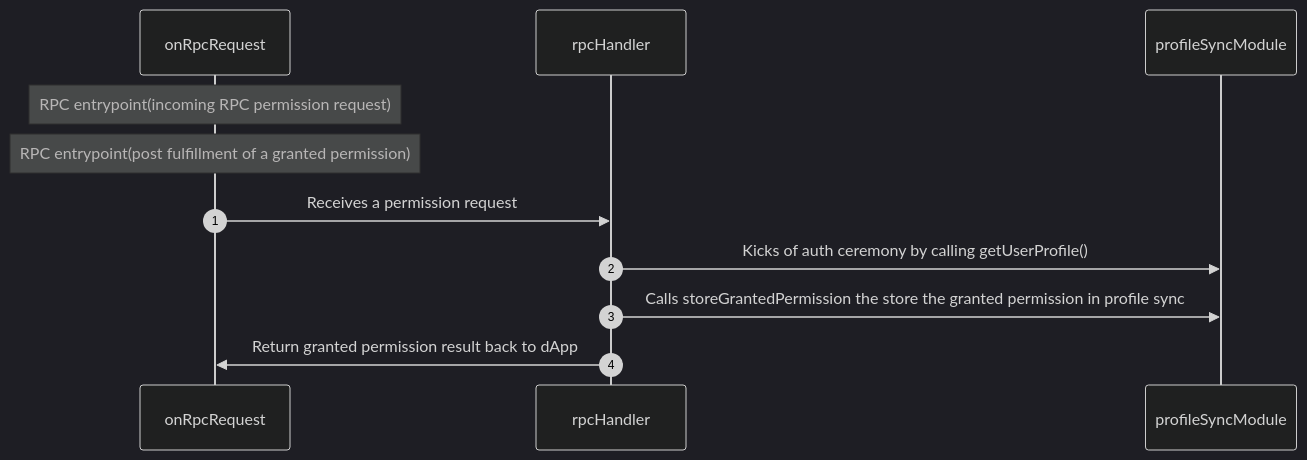
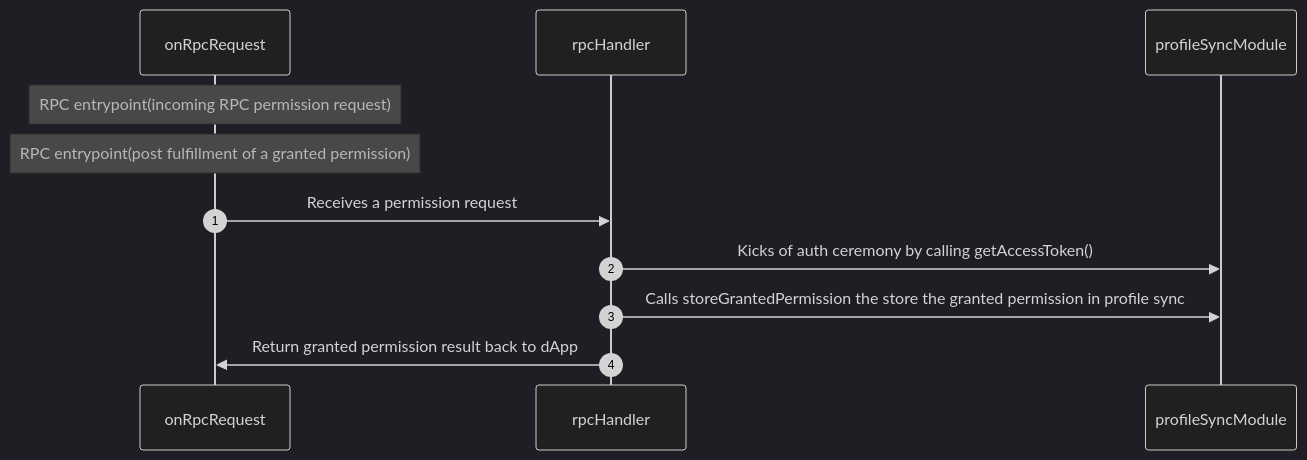
Before and after one commit to MetaMask/snap-7715-permissions: the second of 4 diagrams in packages/permissions-provider-snap/docs/persistGrantedPermissions.md, drawn with Mermaid (dark theme). The commit also changed 3 other files, not shown here.

Commit message:
generate object key by concatenating the delegation hashes, change feature name, do not call getUserProfile

````diff
--- a/packages/permissions-provider-snap/docs/persistGrantedPermissions.md
+++ b/packages/permissions-provider-snap/docs/persistGrantedPermissions.md
@@ -47,15 +47,15 @@
 ```mermaid
 sequenceDiagram
  autonumber
  participant onRpcRequest
  participant rpcHandler
  participant profileSyncModule
 
 Note over onRpcRequest: RPC entrypoint(incoming RPC permission request)
 Note over onRpcRequest: RPC entrypoint(post fulfillment of a granted permission)
 
 onRpcRequest->>rpcHandler: Receives a permission request
-rpcHandler->>profileSyncModule: Kicks of auth ceremony by calling getUserProfile()
+rpcHandler->>profileSyncModule: Kicks of auth ceremony by calling getAccessToken()
 rpcHandler->>profileSyncModule: Calls storeGrantedPermission the store the granted permission in profile sync
 rpcHandler->>onRpcRequest: Return granted permission result back to dApp
 ```
````
